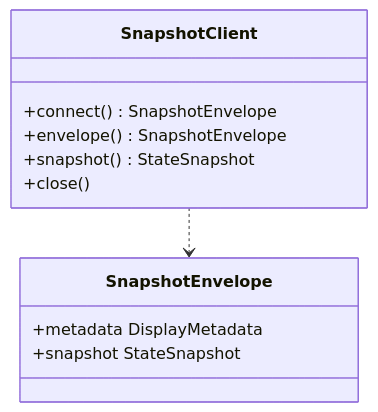
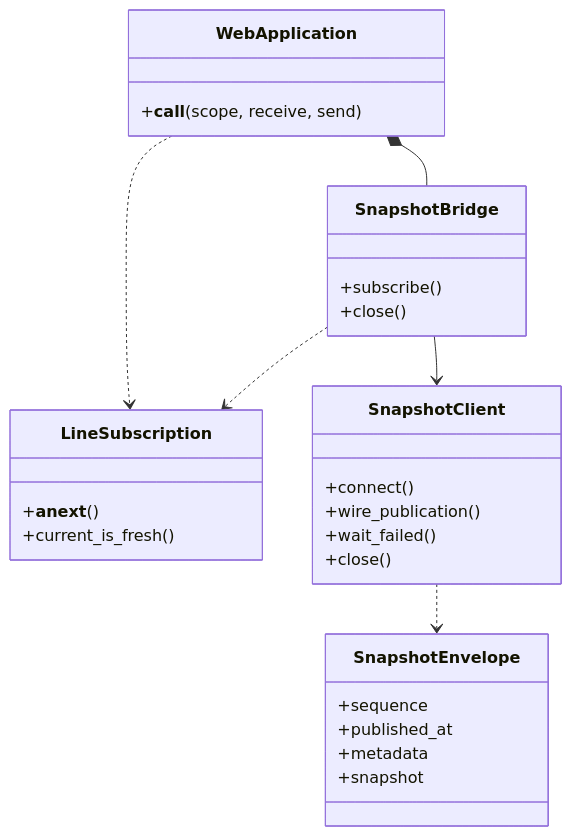
Before and after one commit to shawnluxyRE/joi-observer: the first of 2 diagrams in docs/design/web.md, drawn with Mermaid. The commit also changed other lines of this file and 43 other files, not shown here.

````diff
--- a/docs/design/web.md
+++ b/docs/design/web.md
@@ -26,14 +16,31 @@
 ```mermaid
 classDiagram
+    class WebApplication {
+        +__call__(scope, receive, send)
+    }
+    class SnapshotBridge {
+        +subscribe()
+        +close()
+    }
+    class LineSubscription {
+        +__anext__()
+        +current_is_fresh()
+    }
     class SnapshotClient {
-        +connect() SnapshotEnvelope
-        +envelope() SnapshotEnvelope
-        +snapshot() StateSnapshot
+        +connect()
+        +wire_publication()
+        +wait_failed()
         +close()
     }
     class SnapshotEnvelope {
-        +metadata DisplayMetadata
-        +snapshot StateSnapshot
+        +sequence
+        +published_at
+        +metadata
+        +snapshot
     }
+    WebApplication *-- SnapshotBridge
+    SnapshotBridge ..> LineSubscription
+    WebApplication ..> LineSubscription
+    SnapshotBridge --> SnapshotClient
     SnapshotClient ..> SnapshotEnvelope
 ```
````
